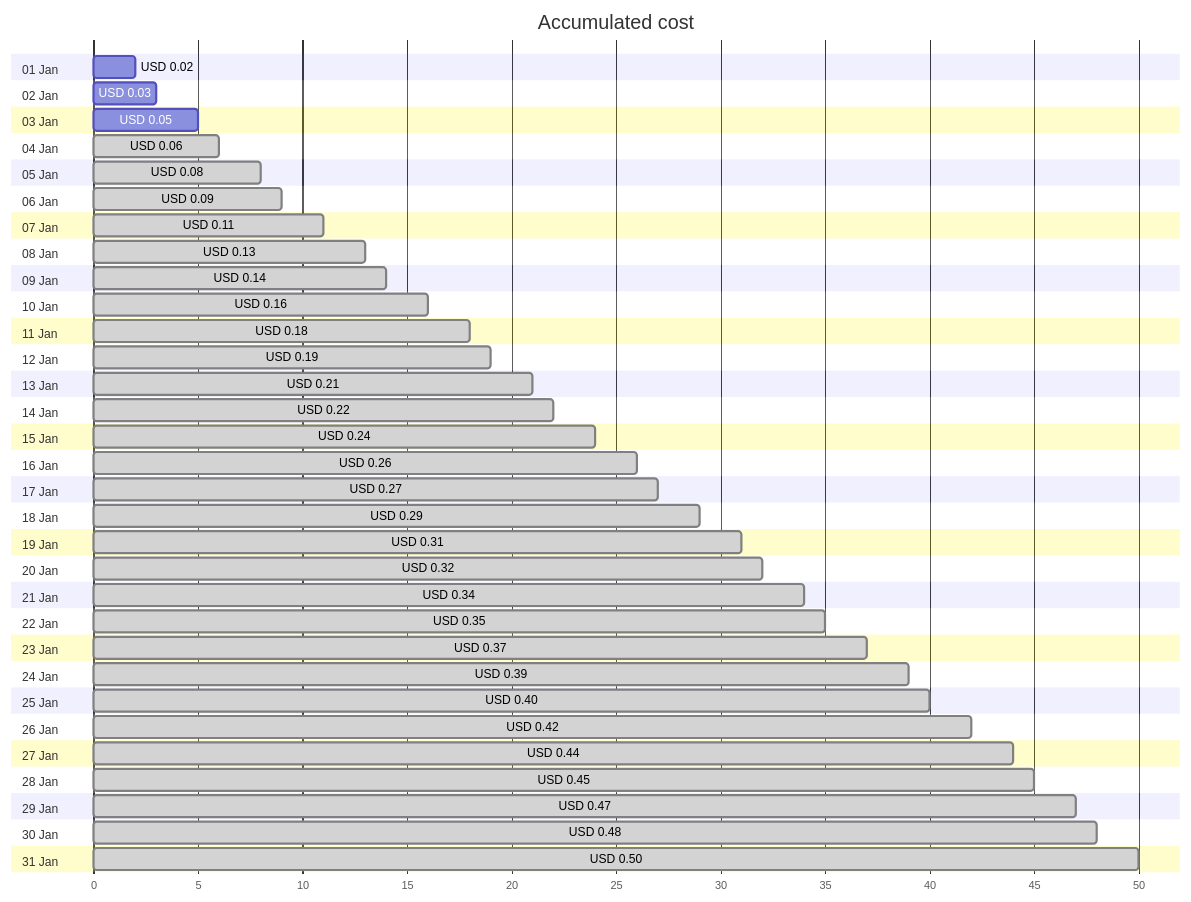
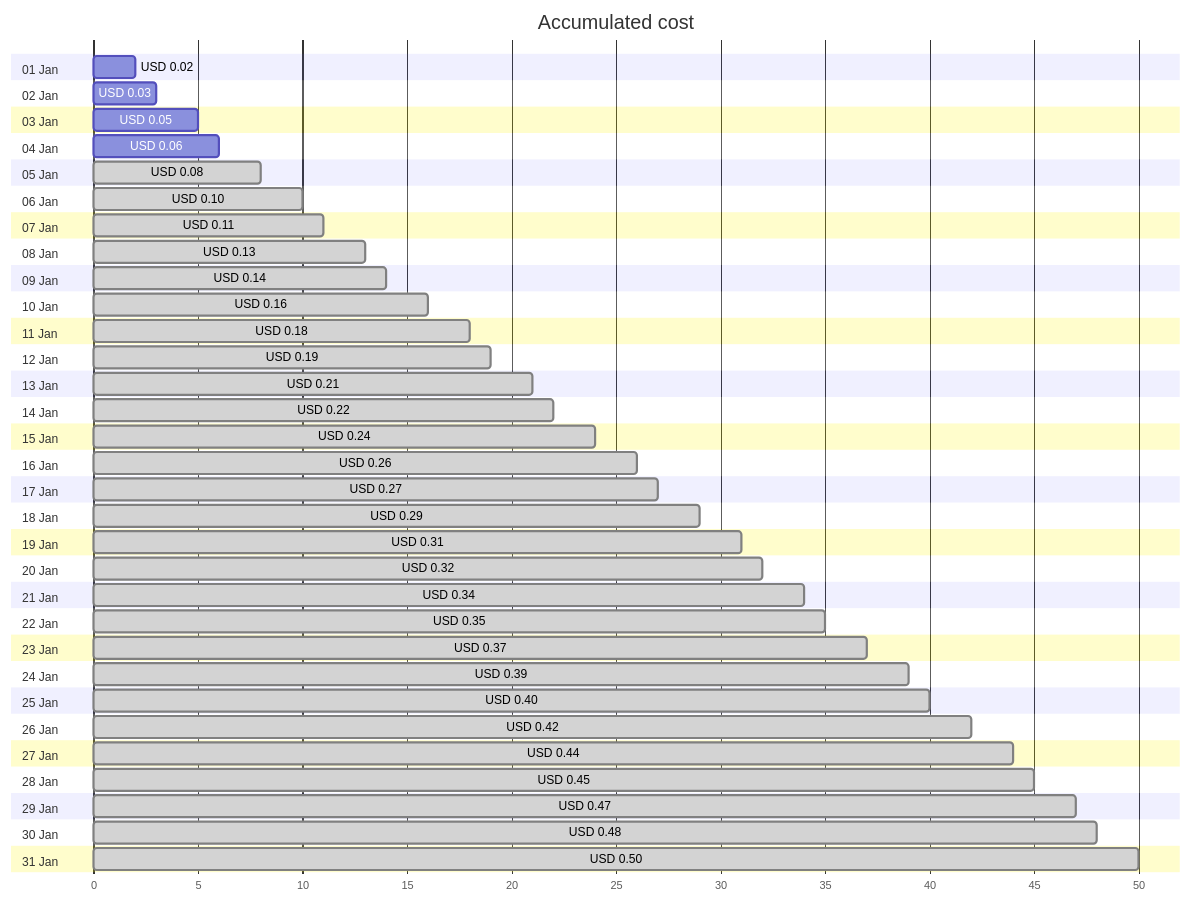
One commit to jpfulton/azure-personal-reports changed the first of 4 diagrams in cost-reports/personal-network/private.jpatrickfulton.com.md. Above: the diagram before and after it, drawn with Mermaid. The commit also changed other lines of this file and 8 other files, not shown here.

````diff
--- a/cost-reports/personal-network/private.jpatrickfulton.com.md
+++ b/cost-reports/personal-network/private.jpatrickfulton.com.md
@@ -20,68 +20,68 @@
 ```mermaid
 gantt
    title Accumulated cost
    dateFormat  X
    axisFormat %s
    section 01 Jan
    USD 0.02 :0, 2
    section 02 Jan
    USD 0.03 :0, 3
    section 03 Jan
    USD 0.05 :0, 5
    section 04 Jan
-   USD 0.06 : done, 0, 6
+   USD 0.06 :0, 6
    section 05 Jan
    USD 0.08 : done, 0, 8
    section 06 Jan
-   USD 0.09 : done, 0, 9
+   USD 0.10 : done, 0, 10
    section 07 Jan
    USD 0.11 : done, 0, 11
    section 08 Jan
    USD 0.13 : done, 0, 13
    section 09 Jan
    USD 0.14 : done, 0, 14
    section 10 Jan
    USD 0.16 : done, 0, 16
    section 11 Jan
    USD 0.18 : done, 0, 18
    section 12 Jan
    USD 0.19 : done, 0, 19
    section 13 Jan
    USD 0.21 : done, 0, 21
    section 14 Jan
    USD 0.22 : done, 0, 22
    section 15 Jan
    USD 0.24 : done, 0, 24
    section 16 Jan
    USD 0.26 : done, 0, 26
    section 17 Jan
    USD 0.27 : done, 0, 27
    section 18 Jan
    USD 0.29 : done, 0, 29
    section 19 Jan
    USD 0.31 : done, 0, 31
    section 20 Jan
    USD 0.32 : done, 0, 32
    section 21 Jan
    USD 0.34 : done, 0, 34
    section 22 Jan
    USD 0.35 : done, 0, 35
    section 23 Jan
    USD 0.37 : done, 0, 37
    section 24 Jan
    USD 0.39 : done, 0, 39
    section 25 Jan
    USD 0.40 : done, 0, 40
    section 26 Jan
    USD 0.42 : done, 0, 42
    section 27 Jan
    USD 0.44 : done, 0, 44
    section 28 Jan
    USD 0.45 : done, 0, 45
    section 29 Jan
    USD 0.47 : done, 0, 47
    section 30 Jan
    USD 0.48 : done, 0, 48
    section 31 Jan
    USD 0.50 : done, 0, 50
 ```
````
